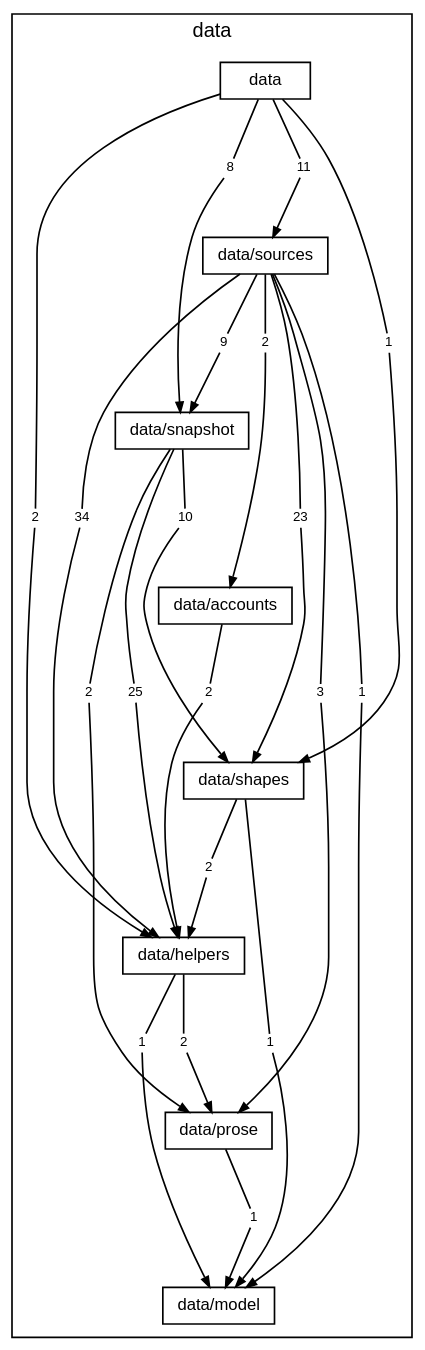
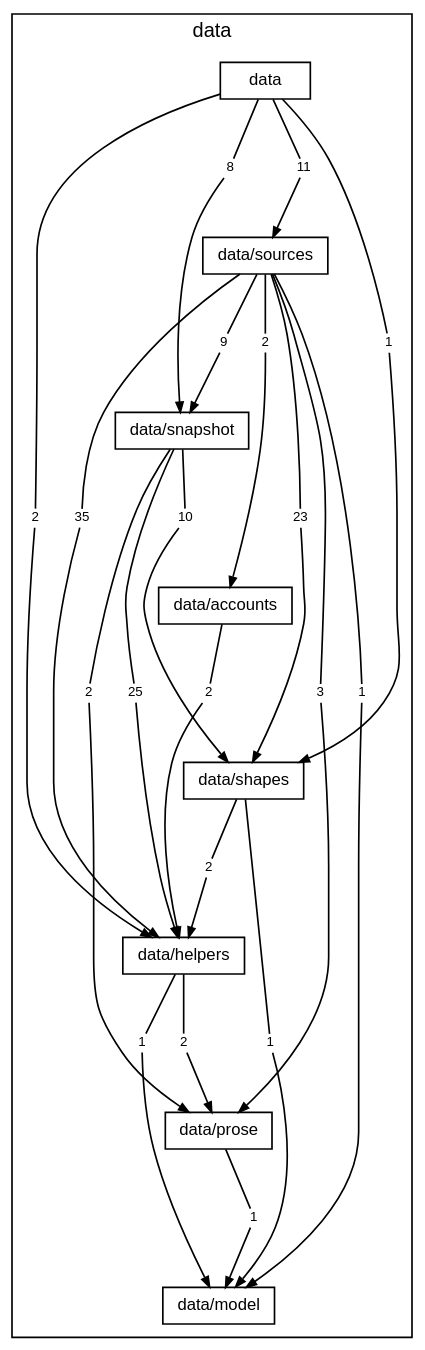
One commit to TheAxeC/oculus changed the diagram in docs/diagrams/layer-data.dot. Above: the diagram before and after it, drawn with Graphviz. The commit also changed 113 other files, not shown here.

```diff
--- a/docs/diagrams/layer-data.dot
+++ b/docs/diagrams/layer-data.dot
@@ -1,80 +1,80 @@
 digraph layer_data {
     graph [bgcolor="transparent", rankdir=TB, newrank=true, mclimit=4, fontname="Helvetica,Arial,sans-serif", fontsize=12, nodesep=0.2, ranksep=0.5];
     node [shape=box, color="black", fontcolor="black", fontname="Helvetica,Arial,sans-serif", fontsize=10, height=0.3, margin="0.12,0.04"];
     edge [color="black", fontcolor="black", fontname="Helvetica,Arial,sans-serif", fontsize=8, arrowsize=0.6];
     subgraph "cluster_data" {
         label="data"; style=solid;
         "folder data" [label="data"];
         "folder data/sources" [label="data/sources"];
         "folder data/snapshot" [label="data/snapshot"];
         "folder data/accounts" [label="data/accounts"];
         "folder data/shapes" [label="data/shapes"];
         "folder data/helpers" [label="data/helpers"];
         "folder data/prose" [label="data/prose"];
         "folder data/model" [label="data/model"];
         "folder data to folder data/helpers" [label="2", shape=box, color="transparent", fontsize=8, width=0, height=0, margin="0.04,0.02"];
         "folder data to folder data/shapes" [label="1", shape=box, color="transparent", fontsize=8, width=0, height=0, margin="0.04,0.02"];
         "folder data to folder data/snapshot" [label="8", shape=box, color="transparent", fontsize=8, width=0, height=0, margin="0.04,0.02"];
         "folder data to folder data/sources" [label="11", shape=box, color="transparent", fontsize=8, width=0, height=0, margin="0.04,0.02"];
         "folder data/sources to folder data/accounts" [label="2", shape=box, color="transparent", fontsize=8, width=0, height=0, margin="0.04,0.02"];
-        "folder data/sources to folder data/helpers" [label="34", shape=box, color="transparent", fontsize=8, width=0, height=0, margin="0.04,0.02"];
+        "folder data/sources to folder data/helpers" [label="35", shape=box, color="transparent", fontsize=8, width=0, height=0, margin="0.04,0.02"];
         "folder data/sources to folder data/model" [label="1", shape=box, color="transparent", fontsize=8, width=0, height=0, margin="0.04,0.02"];
         "folder data/sources to folder data/prose" [label="3", shape=box, color="transparent", fontsize=8, width=0, height=0, margin="0.04,0.02"];
         "folder data/sources to folder data/shapes" [label="23", shape=box, color="transparent", fontsize=8, width=0, height=0, margin="0.04,0.02"];
         "folder data/sources to folder data/snapshot" [label="9", shape=box, color="transparent", fontsize=8, width=0, height=0, margin="0.04,0.02"];
         "folder data/snapshot to folder data/helpers" [label="25", shape=box, color="transparent", fontsize=8, width=0, height=0, margin="0.04,0.02"];
         "folder data/snapshot to folder data/prose" [label="2", shape=box, color="transparent", fontsize=8, width=0, height=0, margin="0.04,0.02"];
         "folder data/snapshot to folder data/shapes" [label="10", shape=box, color="transparent", fontsize=8, width=0, height=0, margin="0.04,0.02"];
         "folder data/accounts to folder data/helpers" [label="2", shape=box, color="transparent", fontsize=8, width=0, height=0, margin="0.04,0.02"];
         "folder data/shapes to folder data/helpers" [label="2", shape=box, color="transparent", fontsize=8, width=0, height=0, margin="0.04,0.02"];
         "folder data/shapes to folder data/model" [label="1", shape=box, color="transparent", fontsize=8, width=0, height=0, margin="0.04,0.02"];
         "folder data/helpers to folder data/model" [label="1", shape=box, color="transparent", fontsize=8, width=0, height=0, margin="0.04,0.02"];
         "folder data/helpers to folder data/prose" [label="2", shape=box, color="transparent", fontsize=8, width=0, height=0, margin="0.04,0.02"];
         "folder data/prose to folder data/model" [label="1", shape=box, color="transparent", fontsize=8, width=0, height=0, margin="0.04,0.02"];
     }
     "folder data" -> "folder data/sources" [style=invis, weight=10, minlen=2];
     "folder data/sources" -> "folder data/snapshot" [style=invis, weight=10, minlen=2];
     "folder data/snapshot" -> "folder data/accounts" [style=invis, weight=10, minlen=2];
     "folder data/accounts" -> "folder data/shapes" [style=invis, weight=10, minlen=2];
     "folder data/shapes" -> "folder data/helpers" [style=invis, weight=10, minlen=2];
     "folder data/helpers" -> "folder data/prose" [style=invis, weight=10, minlen=2];
     "folder data/prose" -> "folder data/model" [style=invis, weight=10, minlen=2];
     "folder data" -> "folder data to folder data/helpers" [arrowhead=none, minlen=5, weight=10];
     "folder data to folder data/helpers" -> "folder data/helpers" [];
     "folder data" -> "folder data to folder data/shapes" [arrowhead=none, minlen=3, weight=10];
     "folder data to folder data/shapes" -> "folder data/shapes" [];
     "folder data" -> "folder data to folder data/snapshot" [arrowhead=none, minlen=1, weight=10];
     "folder data to folder data/snapshot" -> "folder data/snapshot" [];
     "folder data" -> "folder data to folder data/sources" [arrowhead=none, minlen=1, weight=10];
     "folder data to folder data/sources" -> "folder data/sources" [];
     "folder data/sources" -> "folder data/sources to folder data/accounts" [arrowhead=none, minlen=1, weight=10];
     "folder data/sources to folder data/accounts" -> "folder data/accounts" [];
     "folder data/sources" -> "folder data/sources to folder data/helpers" [arrowhead=none, minlen=3, weight=10];
     "folder data/sources to folder data/helpers" -> "folder data/helpers" [];
     "folder data/sources" -> "folder data/sources to folder data/model" [arrowhead=none, minlen=5, weight=10];
     "folder data/sources to folder data/model" -> "folder data/model" [];
     "folder data/sources" -> "folder data/sources to folder data/prose" [arrowhead=none, minlen=5, weight=10];
     "folder data/sources to folder data/prose" -> "folder data/prose" [];
     "folder data/sources" -> "folder data/sources to folder data/shapes" [arrowhead=none, minlen=3, weight=10];
     "folder data/sources to folder data/shapes" -> "folder data/shapes" [];
     "folder data/sources" -> "folder data/sources to folder data/snapshot" [arrowhead=none, minlen=1, weight=10];
     "folder data/sources to folder data/snapshot" -> "folder data/snapshot" [];
     "folder data/snapshot" -> "folder data/snapshot to folder data/helpers" [arrowhead=none, minlen=3, weight=10];
     "folder data/snapshot to folder data/helpers" -> "folder data/helpers" [];
     "folder data/snapshot" -> "folder data/snapshot to folder data/prose" [arrowhead=none, minlen=3, weight=10];
     "folder data/snapshot to folder data/prose" -> "folder data/prose" [];
     "folder data/snapshot" -> "folder data/snapshot to folder data/shapes" [arrowhead=none, minlen=1, weight=10];
     "folder data/snapshot to folder data/shapes" -> "folder data/shapes" [];
     "folder data/accounts" -> "folder data/accounts to folder data/helpers" [arrowhead=none, minlen=1, weight=10];
     "folder data/accounts to folder data/helpers" -> "folder data/helpers" [];
     "folder data/shapes" -> "folder data/shapes to folder data/helpers" [arrowhead=none, minlen=1, weight=10];
     "folder data/shapes to folder data/helpers" -> "folder data/helpers" [];
     "folder data/shapes" -> "folder data/shapes to folder data/model" [arrowhead=none, minlen=3, weight=10];
     "folder data/shapes to folder data/model" -> "folder data/model" [];
     "folder data/helpers" -> "folder data/helpers to folder data/model" [arrowhead=none, minlen=1, weight=10];
     "folder data/helpers to folder data/model" -> "folder data/model" [];
     "folder data/helpers" -> "folder data/helpers to folder data/prose" [arrowhead=none, minlen=1, weight=10];
     "folder data/helpers to folder data/prose" -> "folder data/prose" [];
     "folder data/prose" -> "folder data/prose to folder data/model" [arrowhead=none, minlen=1, weight=10];
     "folder data/prose to folder data/model" -> "folder data/model" [];
 }
```
